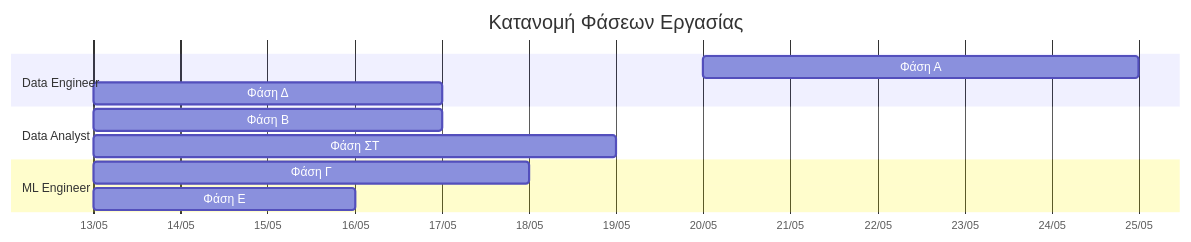
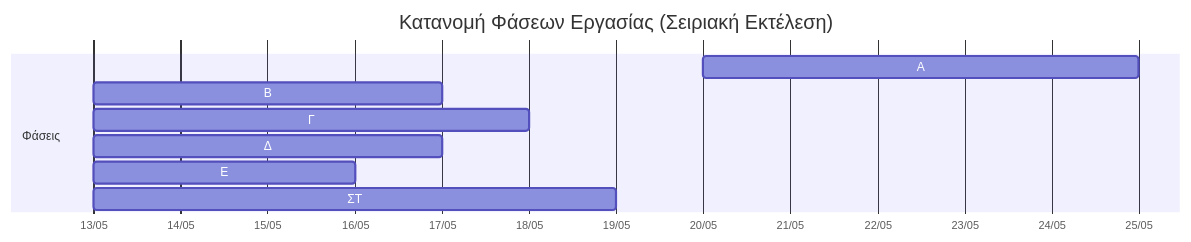
The third of 5 diagrams in README.md (Ma1cOS/Big-Data), drawn with Mermaid before and after one commit. The commit also changed other lines of this file, not shown here.

First line of the commit message:
Διόρθωση Mermaid διαγραμμάτων: dark-mode χρώματα & σειριακό Gantt

````diff
--- a/README.md
+++ b/README.md
@@ -131,18 +147,14 @@
 ```mermaid
 gantt
-    title Κατανομή Φάσεων Εργασίας
+    title Κατανομή Φάσεων Εργασίας (Σειριακή Εκτέλεση)
     dateFormat  YYYY-MM-DD
     axisFormat  %d/%m
 
-    section Data Engineer
-    Φάση Α: Preprocessing       :a1, 2026-05-20, 5d
-    Φάση Δ: Spark Pipeline      :a4, after a3, 4d
-
-    section Data Analyst
-    Φάση Β: EDA                 :a2, after a1, 4d
-    Φάση ΣΤ: Report & Παρουσίαση :a6, after a5, 6d
-
-    section ML Engineer
-    Φάση Γ: Classification      :a3, after a2, 5d
-    Φάση Ε: Evaluation          :a5, after a4, 3d
+    section Φάσεις
+    A: Preprocessing (Data Engineer)     :a1, 2026-05-20, 5d
+    B: EDA (Data Analyst)                :a2, after a1, 4d
+    Γ: Classification (ML Engineer)      :a3, after a2, 5d
+    Δ: Spark Pipeline (Data Engineer)    :a4, after a3, 4d
+    Ε: Evaluation (ML Engineer)          :a5, after a4, 3d
+    ΣΤ: Report & Παρουσίαση (Όλοι)      :a6, after a5, 6d
 ```
````
